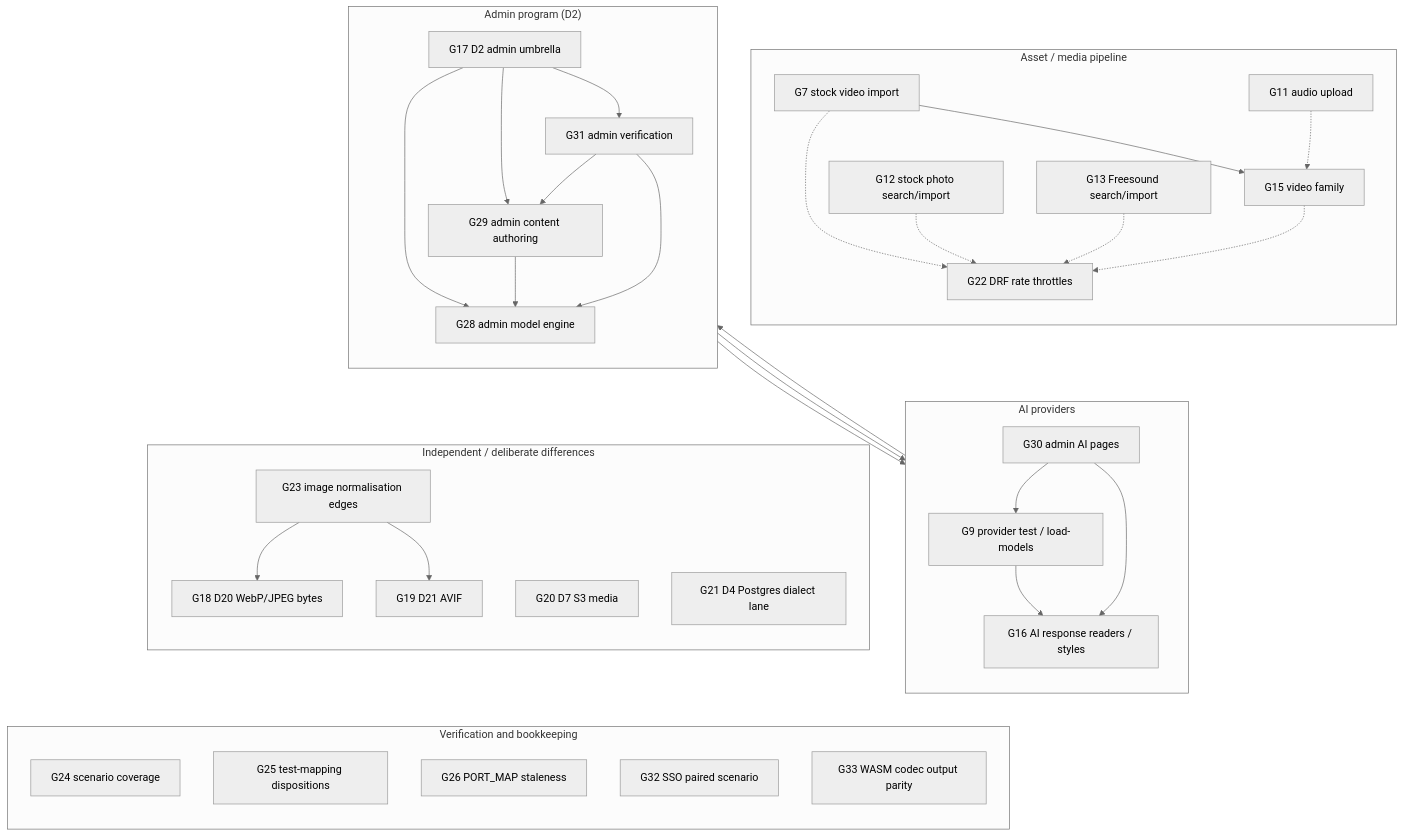
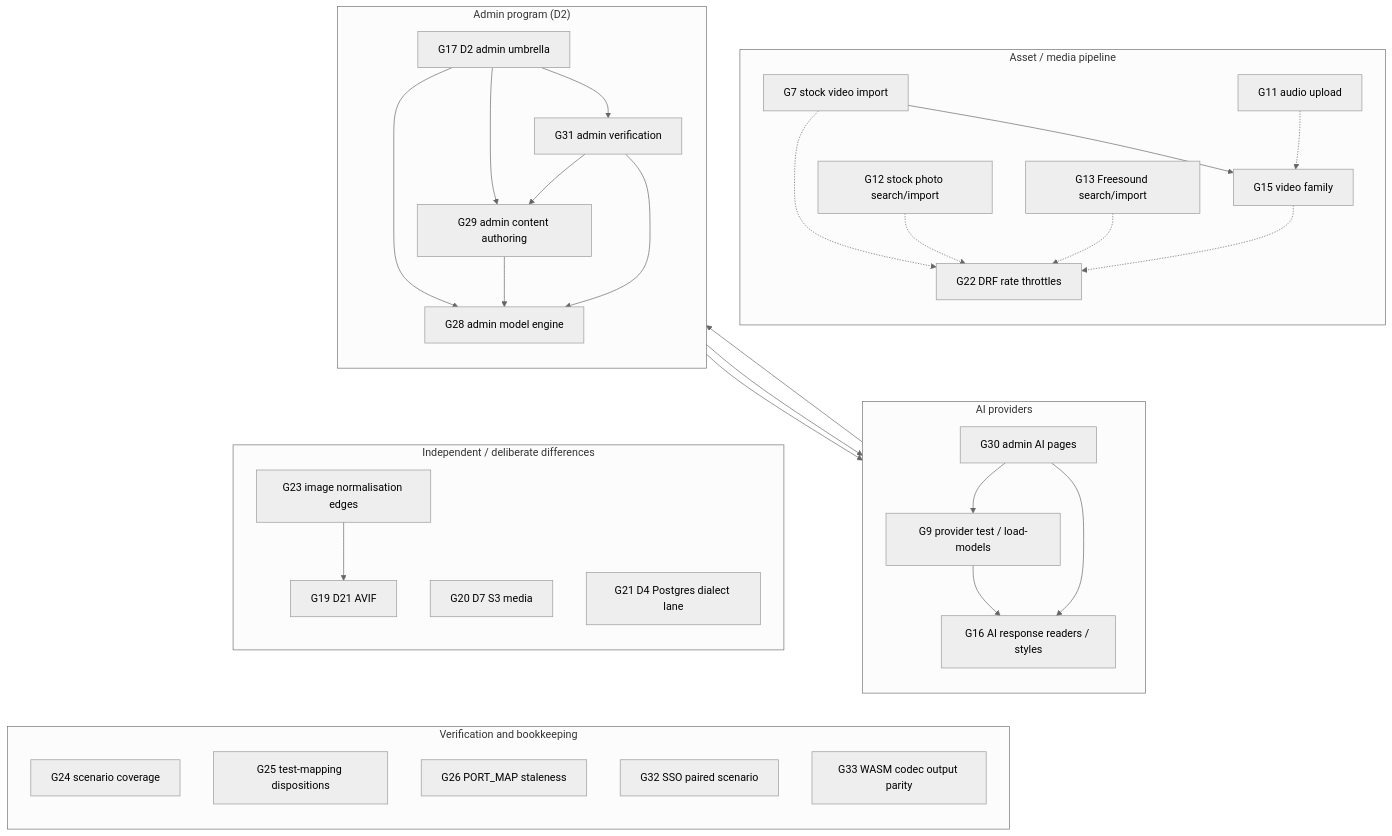
Before and after one commit to liyu1981/doory-go: the diagram in docs/parity/GAPS.md, drawn with Mermaid (neutral theme). The commit also changed other lines of this file and 28 other files, not shown here.

````diff
--- a/docs/parity/GAPS.md
+++ b/docs/parity/GAPS.md
@@ -33,80 +33,78 @@
 ```mermaid
 flowchart TB
   %% asset / media pipeline
   subgraph Media["Asset / media pipeline"]
     direction TB
     G15["G15 video family"]
     G7["G7 stock video import"]
     G12["G12 stock photo search/import"]
     G13["G13 Freesound search/import"]
     G11["G11 audio upload"]
     G22["G22 DRF rate throttles"]
 
     G7 --> G15
     G7 -.-> G22
     G12 -.-> G22
     G13 -.-> G22
     G15 -.-> G22
     G11 -.-> G15
   end
 
   %% AI
   subgraph AI["AI providers"]
     direction TB
     G16["G16 AI response readers / styles"]
     G9["G9 provider test / load-models"]
     G30["G30 admin AI pages"]
 
     G9 --> G16
     G30 --> G9
     G30 --> G16
   end
 
   %% admin program
   subgraph Admin["Admin program (D2)"]
     direction TB
     G17["G17 D2 admin umbrella"]
     G28["G28 admin model engine"]
     G29["G29 admin content authoring"]
     G31["G31 admin verification"]
 
     G17 --> G28
     G17 --> G29
     G17 --> G30
     G17 --> G31
     G29 --> G28
     G30 --> G28
     G31 --> G28
     G31 --> G29
     G31 --> G30
   end
 
   %% independent deliberate differences
   subgraph Differences["Independent / deliberate differences"]
     direction TB
-    G18["G18 D20 WebP/JPEG bytes"]
     G19["G19 D21 AVIF"]
     G20["G20 D7 S3 media"]
     G21["G21 D4 Postgres dialect lane"]
     G23["G23 image normalisation edges"]
 
-    G23 --> G18
     G23 --> G19
   end
 
   %% verification / bookkeeping (not feature prerequisites)
   subgraph Verification["Verification and bookkeeping"]
     direction TB
     G24["G24 scenario coverage"]
     G25["G25 test-mapping dispositions"]
     G26["G26 PORT_MAP staleness"]
     G32["G32 SSO paired scenario"]
     G33["G33 WASM codec output parity"]
   end
 
   %% Layout-only links: keep the clusters stacked vertically (they are invisible).
   G11 ~~~ G16
   G16 ~~~ G28
-  G28 ~~~ G18
-  G18 ~~~ G24
+  G28 ~~~ G19
+  G19 ~~~ G24
 ```
````
